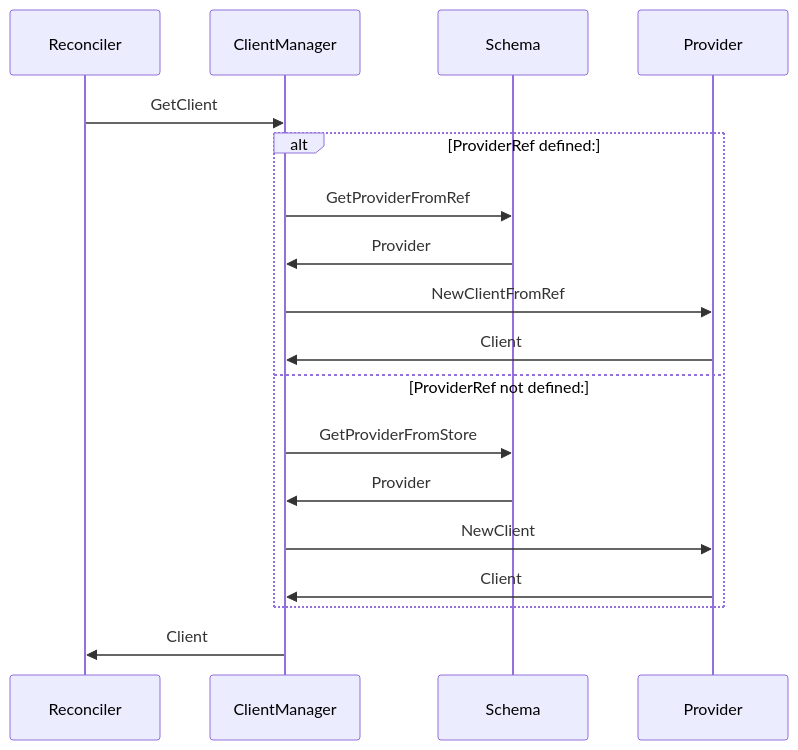
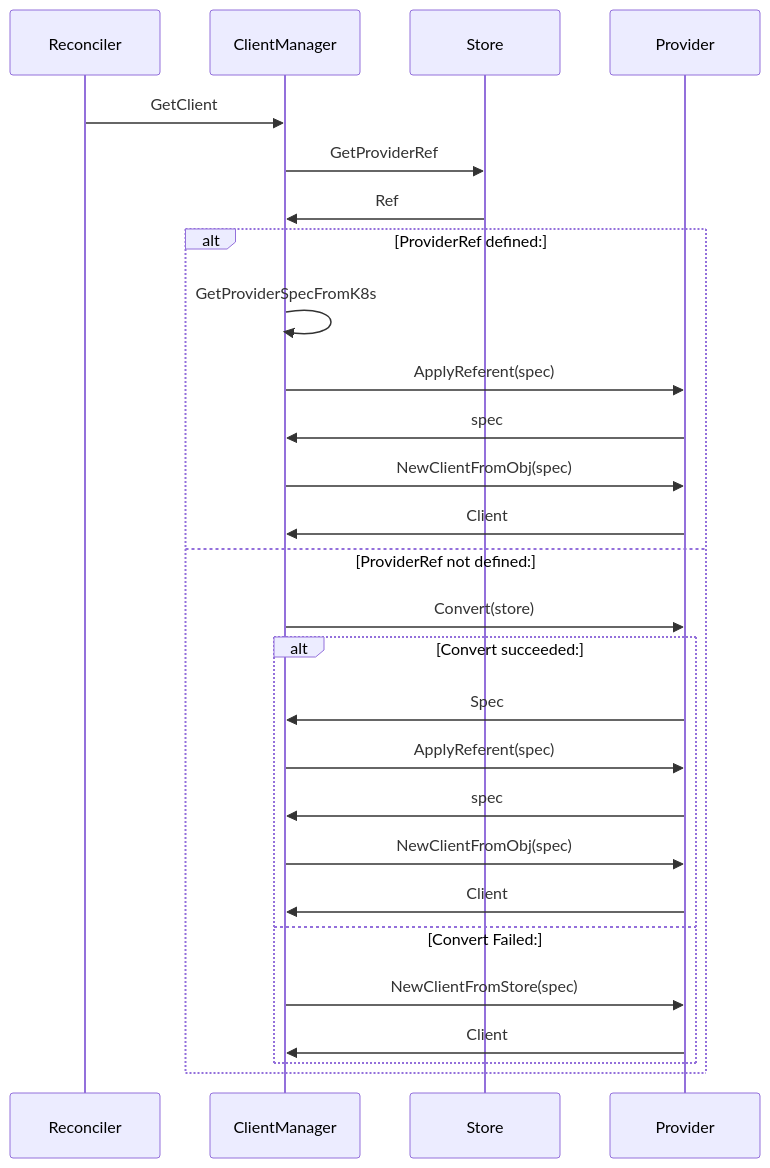
The diagram in design/007-provider-versioning-strategy.md (external-secrets/external-secrets), drawn with Mermaid before and after one commit. The commit also changed other lines of this file, not shown here.

Commit message:
Updating Proposal

````diff
--- a/design/007-provider-versioning-strategy.md
+++ b/design/007-provider-versioning-strategy.md
@@ -26,16 +26,25 @@
 ```mermaid
 sequenceDiagram
   Reconciler ->> ClientManager: GetClient
+  ClientManager ->> Store: GetProviderRef
+  Store ->> ClientManager: Ref
   alt ProviderRef defined:
-  ClientManager ->> Schema: GetProviderFromRef
-  Schema ->> ClientManager: Provider
-  ClientManager ->> Provider: NewClientFromRef
+  ClientManager ->> ClientManager: GetProviderSpecFromK8s
+  ClientManager ->> Provider: ApplyReferent(spec)
+  Provider ->> ClientManager: spec
+  ClientManager ->> Provider: NewClientFromObj(spec)
   Provider ->> ClientManager: Client
   else ProviderRef not defined:
-  ClientManager ->> Schema: GetProviderFromStore
-  Schema ->> ClientManager: Provider
-  ClientManager ->> Provider: NewClient
+  ClientManager ->> Provider: Convert(store)
+  alt Convert succeeded:
+  Provider ->> ClientManager: Spec
+  ClientManager ->> Provider: ApplyReferent(spec)
+  Provider ->> ClientManager: spec
+  ClientManager ->> Provider: NewClientFromObj(spec)
+  Provider ->> ClientManager: Client
+  else Convert Failed:
+  ClientManager ->> Provider: NewClientFromStore(spec)
   Provider ->> ClientManager: Client
   end
-  ClientManager ->> Reconciler: Client
+  end
 ```
````
